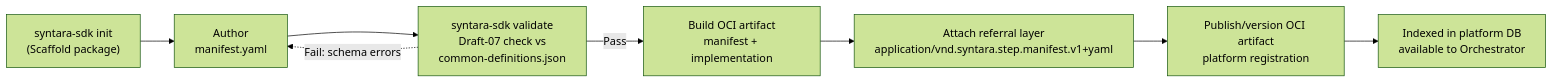
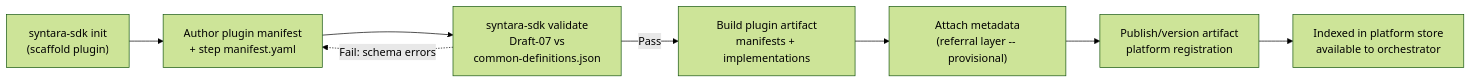
Before and after one commit to syntara-orchestration/syntara-node-sdk: the third of 6 diagrams in docs/architecture.md, drawn with Mermaid (forest theme). The commit also changed other lines of this file and 27 other files, not shown here.

First line of the commit message:
fix: align SDK with updated Plugin SDK SDP (#5)

````diff
--- a/docs/architecture.md
+++ b/docs/architecture.md
@@ -255,17 +303,17 @@
 ```mermaid
 graph LR
-    INIT["syntara-sdk init<br/>(Scaffold package)"]
-    AUTHOR["Author<br/>manifest.yaml"]
-    VALIDATE["syntara-sdk validate<br/>Draft-07 check vs<br/>common-definitions.json"]
-    BUILD["Build OCI artifact<br/>manifest + implementation"]
-    REFERRAL["Attach referral layer<br/>application/vnd.syntara.step.manifest.v1+yaml"]
-    PUBLISH["Publish/version OCI artifact<br/>platform registration"]
-    HANDOFF["Indexed in platform DB<br/>available to Orchestrator"]
+    INIT["syntara-sdk init<br/>(scaffold plugin)"]
+    AUTHOR["Author plugin manifest<br/>+ step manifest.yaml"]
+    VALIDATE["syntara-sdk validate<br/>Draft-07 vs<br/>common-definitions.json"]
+    BUILD["Build plugin artifact<br/>manifests + implementations"]
+    REFERRAL["Attach metadata<br/>(referral layer -- provisional)"]
+    PUBLISH["Publish/version artifact<br/>platform registration"]
+    HANDOFF["Indexed in platform store<br/>available to orchestrator"]
 
     INIT --> AUTHOR
     AUTHOR --> VALIDATE
     VALIDATE -->|Pass| BUILD
     VALIDATE -.->|Fail: schema errors| AUTHOR
     BUILD --> REFERRAL --> PUBLISH
     PUBLISH --> HANDOFF
 ```
````
